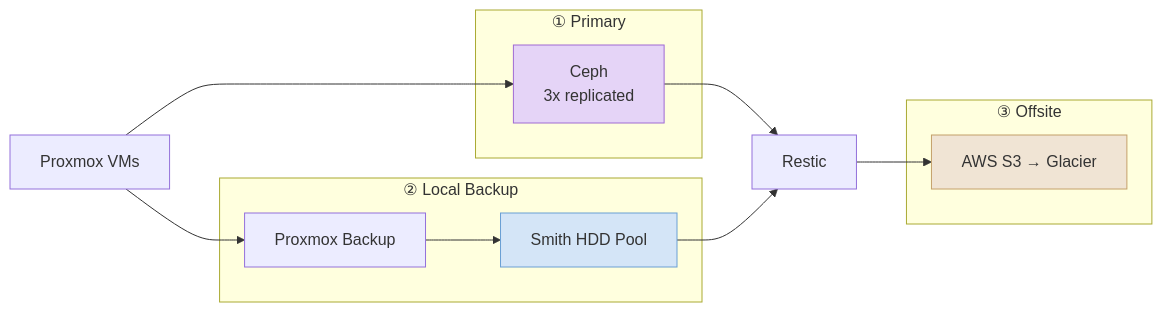
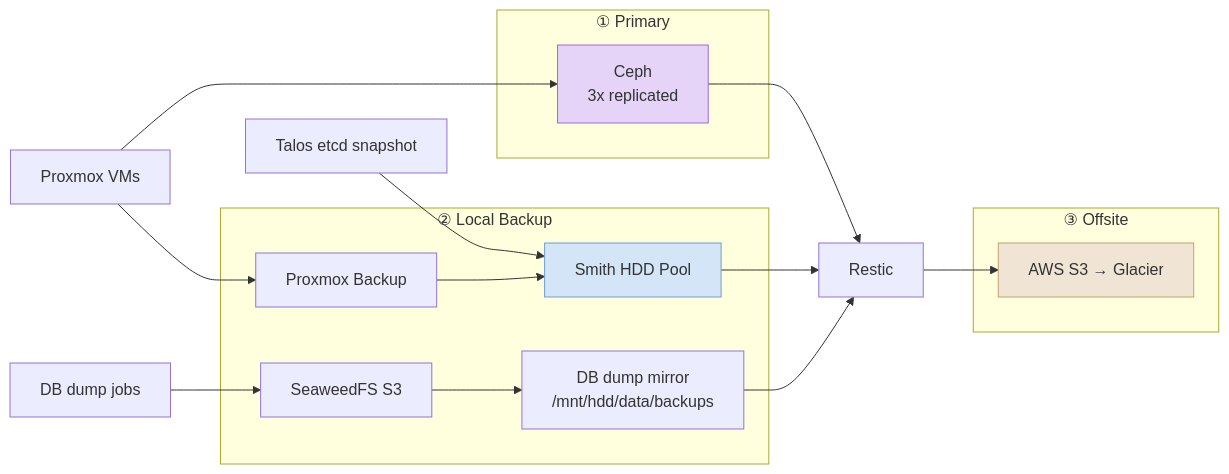
Before and after one commit to shedrachokonofua/aether: the diagram in docs/backups.md, drawn with Mermaid. The commit also changed other lines of this file and 6 other files, not shown here.

Commit message:
Harden offsite backups and add etcd snapshots

````diff
--- a/docs/backups.md
+++ b/docs/backups.md
@@ -5,26 +5,32 @@
 ```mermaid
 flowchart LR
     subgraph Copy1["① Primary"]
         Ceph[Ceph<br/>3x replicated]
     end
 
     subgraph Copy2["② Local Backup"]
         PBS[Proxmox Backup]
         HDD[Smith HDD Pool]
+    Seaweed[SeaweedFS S3]
+    DumpMirror[DB dump mirror<br/>/mnt/hdd/data/backups]
     end
 
     subgraph Copy3["③ Offsite"]
         S3[AWS S3 → Glacier]
     end
 
     VMs[Proxmox VMs] --> Ceph
     VMs --> PBS
     PBS --> HDD
     Ceph --> Restic[Restic]
     HDD --> Restic
+    DBs[DB dump jobs] --> Seaweed
+    Seaweed --> DumpMirror
+    DumpMirror --> Restic
+    Etcd[Talos etcd snapshot] --> HDD
     Restic --> S3
 
     style Ceph fill:#e5d4f7,stroke:#9f6ad4
     style HDD fill:#d4e5f7,stroke:#6a9fd4
     style S3 fill:#f0e4d4,stroke:#c4a06a
 ```
````
